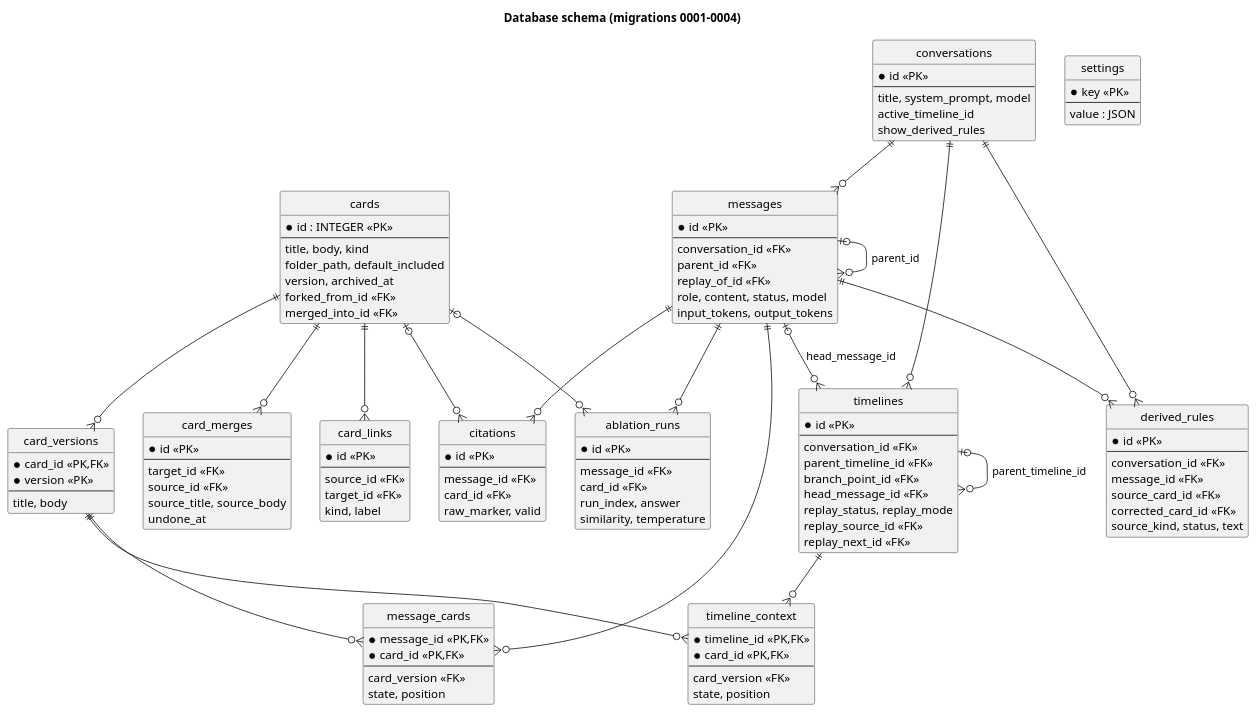
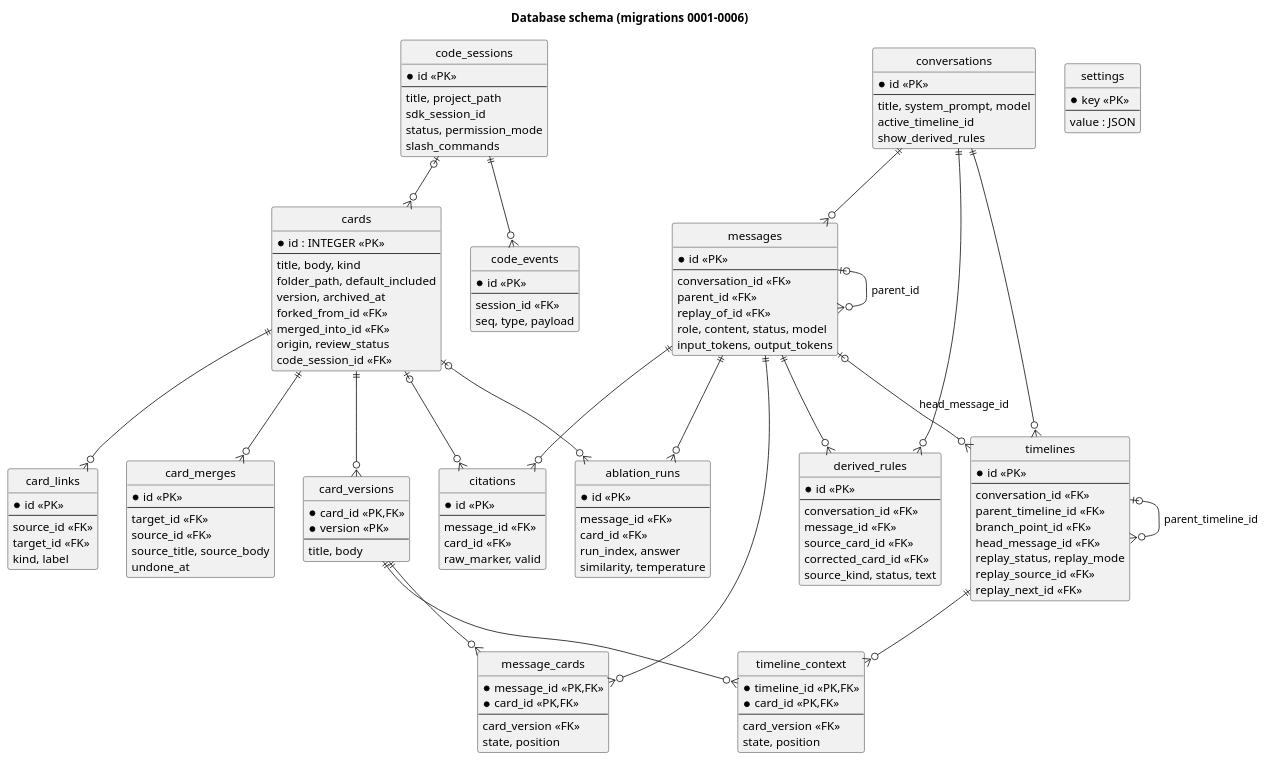
Before and after one commit to enessosa/PromptSys: the diagram in docs/diagrams/database-er.puml, drawn with PlantUML. The commit also changed 12 other files, not shown here.

First line of the commit message:
Update architecture diagrams for Agent mode

```diff
--- a/docs/diagrams/database-er.puml
+++ b/docs/diagrams/database-er.puml
@@ -1,124 +1,142 @@
 @startuml database-er
-title Database schema (migrations 0001-0004)
+title Database schema (migrations 0001-0006)
 hide circle
 
 entity cards {
   * id : INTEGER <<PK>>
   --
   title, body, kind
   folder_path, default_included
   version, archived_at
   forked_from_id <<FK>>
   merged_into_id <<FK>>
+  origin, review_status
+  code_session_id <<FK>>
 }
 entity card_versions {
   * card_id <<PK,FK>>
   * version <<PK>>
   --
   title, body
 }
 entity card_links {
   * id <<PK>>
   --
   source_id <<FK>>
   target_id <<FK>>
   kind, label
 }
 entity card_merges {
   * id <<PK>>
   --
   target_id <<FK>>
   source_id <<FK>>
   source_title, source_body
   undone_at
 }
 entity conversations {
   * id <<PK>>
   --
   title, system_prompt, model
   active_timeline_id
   show_derived_rules
 }
 entity timelines {
   * id <<PK>>
   --
   conversation_id <<FK>>
   parent_timeline_id <<FK>>
   branch_point_id <<FK>>
   head_message_id <<FK>>
   replay_status, replay_mode
   replay_source_id <<FK>>
   replay_next_id <<FK>>
 }
 entity messages {
   * id <<PK>>
   --
   conversation_id <<FK>>
   parent_id <<FK>>
   replay_of_id <<FK>>
   role, content, status, model
   input_tokens, output_tokens
 }
 entity message_cards {
   * message_id <<PK,FK>>
   * card_id <<PK,FK>>
   --
   card_version <<FK>>
   state, position
 }
 entity timeline_context {
   * timeline_id <<PK,FK>>
   * card_id <<PK,FK>>
   --
   card_version <<FK>>
   state, position
 }
 entity citations {
   * id <<PK>>
   --
   message_id <<FK>>
   card_id <<FK>>
   raw_marker, valid
 }
 entity derived_rules {
   * id <<PK>>
   --
   conversation_id <<FK>>
   message_id <<FK>>
   source_card_id <<FK>>
   corrected_card_id <<FK>>
   source_kind, status, text
 }
 entity ablation_runs {
   * id <<PK>>
   --
   message_id <<FK>>
   card_id <<FK>>
   run_index, answer
   similarity, temperature
 }
+entity code_sessions {
+  * id <<PK>>
+  --
+  title, project_path
+  sdk_session_id
+  status, permission_mode
+  slash_commands
+}
+entity code_events {
+  * id <<PK>>
+  --
+  session_id <<FK>>
+  seq, type, payload
+}
 entity settings {
   * key <<PK>>
   --
   value : JSON
 }
 
 cards ||--o{ card_versions
 cards ||--o{ card_links
 cards ||--o{ card_merges
 conversations ||--o{ messages
 conversations ||--o{ timelines
 conversations ||--o{ derived_rules
 messages ||--o{ message_cards
 messages ||--o{ citations
 messages ||--o{ ablation_runs
 messages ||--o{ derived_rules
 timelines ||--o{ timeline_context
 card_versions ||--o{ message_cards
 card_versions ||--o{ timeline_context
+code_sessions ||--o{ code_events
+code_sessions |o--o{ cards
 cards |o--o{ citations
 cards |o--o{ ablation_runs
 messages |o--o{ messages : parent_id
 timelines |o--o{ timelines : parent_timeline_id
 messages |o--o{ timelines : head_message_id
 @enduml
```
